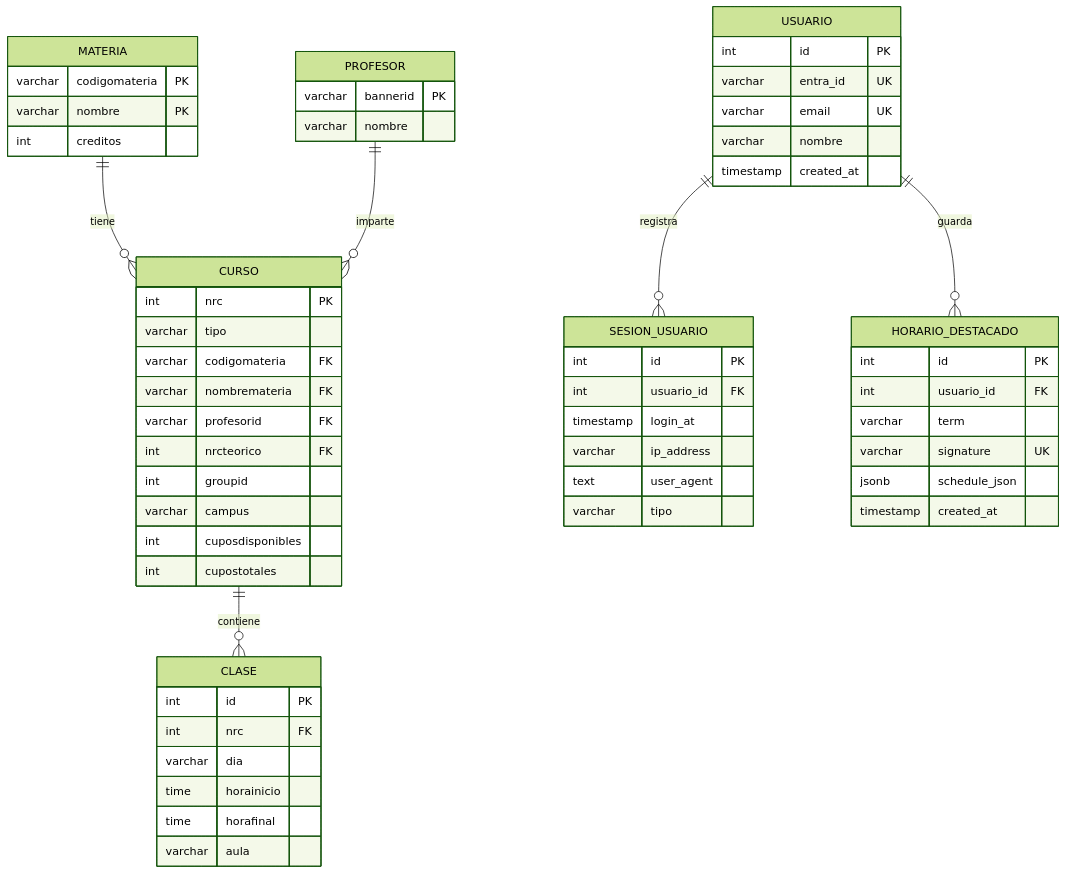
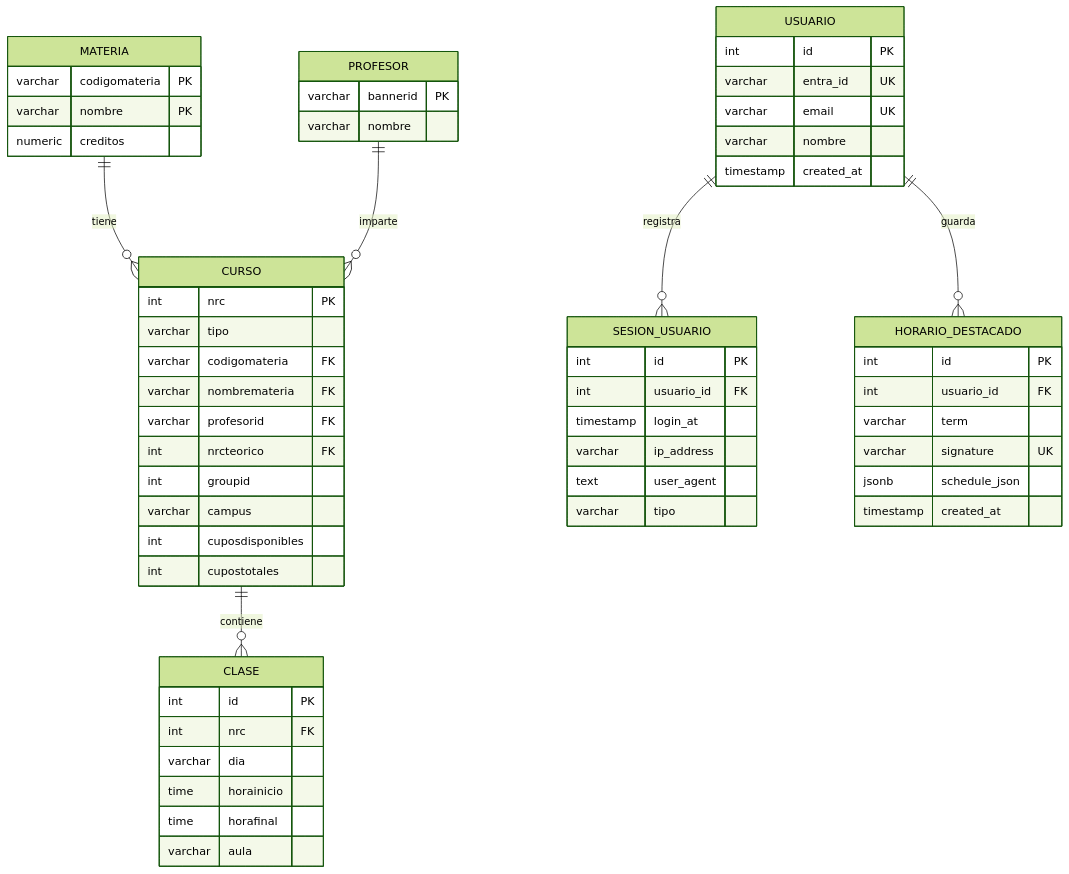
One commit to ISCOUTB/DH-ScheduleGeneratorUTB changed the first of 2 diagrams in docs/modelo_datos.md. Above: the diagram before and after it, drawn with Mermaid (forest theme). The commit also changed other lines of this file and 23 other files, not shown here.

````diff
--- a/docs/modelo_datos.md
+++ b/docs/modelo_datos.md
@@ -11,68 +11,68 @@
 ```mermaid
 erDiagram
     MATERIA ||--o{ CURSO : tiene
     PROFESOR ||--o{ CURSO : imparte
     CURSO ||--o{ CLASE : contiene
 
     MATERIA {
         varchar codigomateria PK
         varchar nombre PK
-        int creditos
+        numeric creditos
     }
 
     CURSO {
         int nrc PK
         varchar tipo
         varchar codigomateria FK
         varchar nombremateria FK
         varchar profesorid FK
         int nrcteorico FK
         int groupid
         varchar campus
         int cuposdisponibles
         int cupostotales
     }
 
     CLASE {
         int id PK
         int nrc FK
         varchar dia
         time horainicio
         time horafinal
         varchar aula
     }
 
     PROFESOR {
         varchar bannerid PK
         varchar nombre
     }
 
     USUARIO {
         int id PK
         varchar entra_id UK
         varchar email UK
         varchar nombre
         timestamp created_at
     }
 
     USUARIO ||--o{ SESION_USUARIO : registra
     USUARIO ||--o{ HORARIO_DESTACADO : guarda
 
     SESION_USUARIO {
         int id PK
         int usuario_id FK
         timestamp login_at
         varchar ip_address
         text user_agent
         varchar tipo
     }
 
     HORARIO_DESTACADO {
         int id PK
         int usuario_id FK
         varchar term
         varchar signature UK
         jsonb schedule_json
         timestamp created_at
     }
 ```
````
